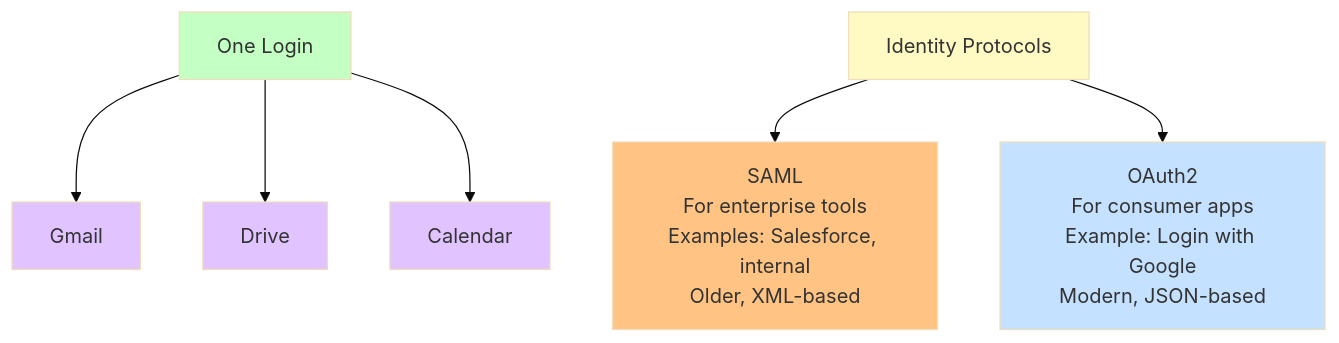
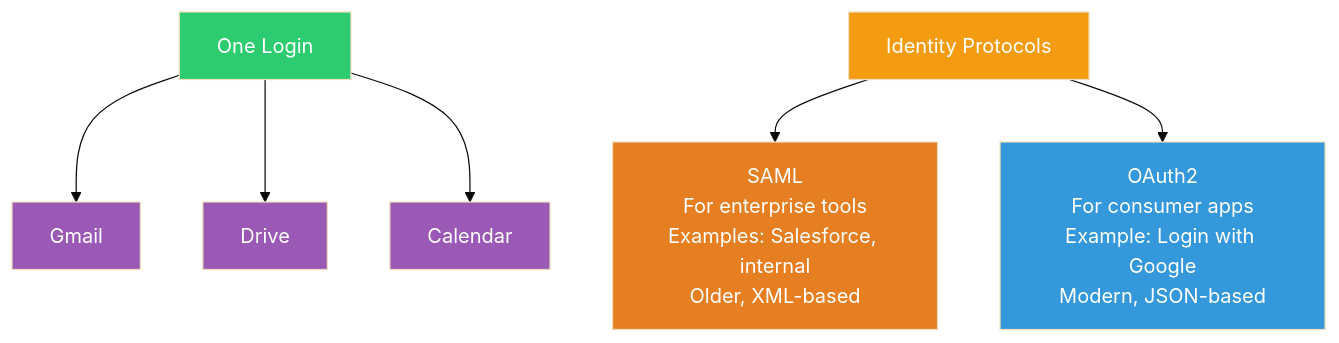
Before and after one commit to jtombo45/SeniorEngineerRoadmap: the sixth of 6 diagrams in Authenication/README.md, drawn with Mermaid (base theme). The commit also changed other lines of this file, not shown here.

Commit message:
updated diagram color for better contrast

````diff
--- a/Authenication/README.md
+++ b/Authenication/README.md
@@ -394,18 +394,18 @@
 ```mermaid
 flowchart TD
     A[One Login] --> B[Gmail]
     A --> C[Drive]
     A --> D[Calendar]
     
     E[Identity Protocols]
     E --> F[SAML<br/>For enterprise tools<br/>Examples: Salesforce, internal<br/>Older, XML-based]
     E --> G[OAuth2<br/>For consumer apps<br/>Example: Login with Google<br/>Modern, JSON-based]
     
-    style A fill:#c4ffc4
-    style B fill:#e1c4ff
-    style C fill:#e1c4ff
-    style D fill:#e1c4ff
-    style E fill:#fff9c4
-    style F fill:#ffc484
-    style G fill:#c4e1ff
+    style A fill:#2ECC71,color:#fff
+    style B fill:#9B59B6,color:#fff
+    style C fill:#9B59B6,color:#fff
+    style D fill:#9B59B6,color:#fff
+    style E fill:#F39C12,color:#fff
+    style F fill:#E67E22,color:#fff
+    style G fill:#3498DB,color:#fff
 ```
````
